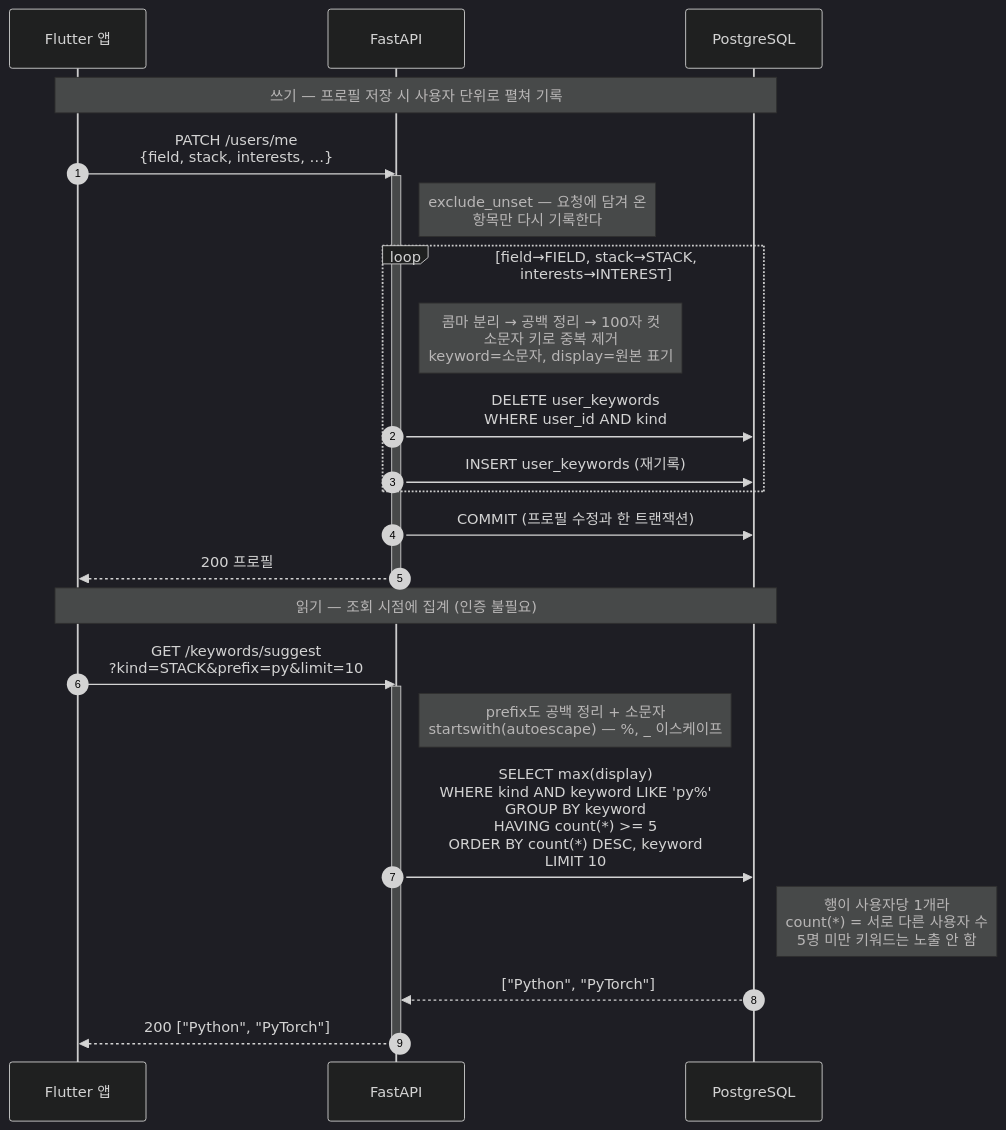
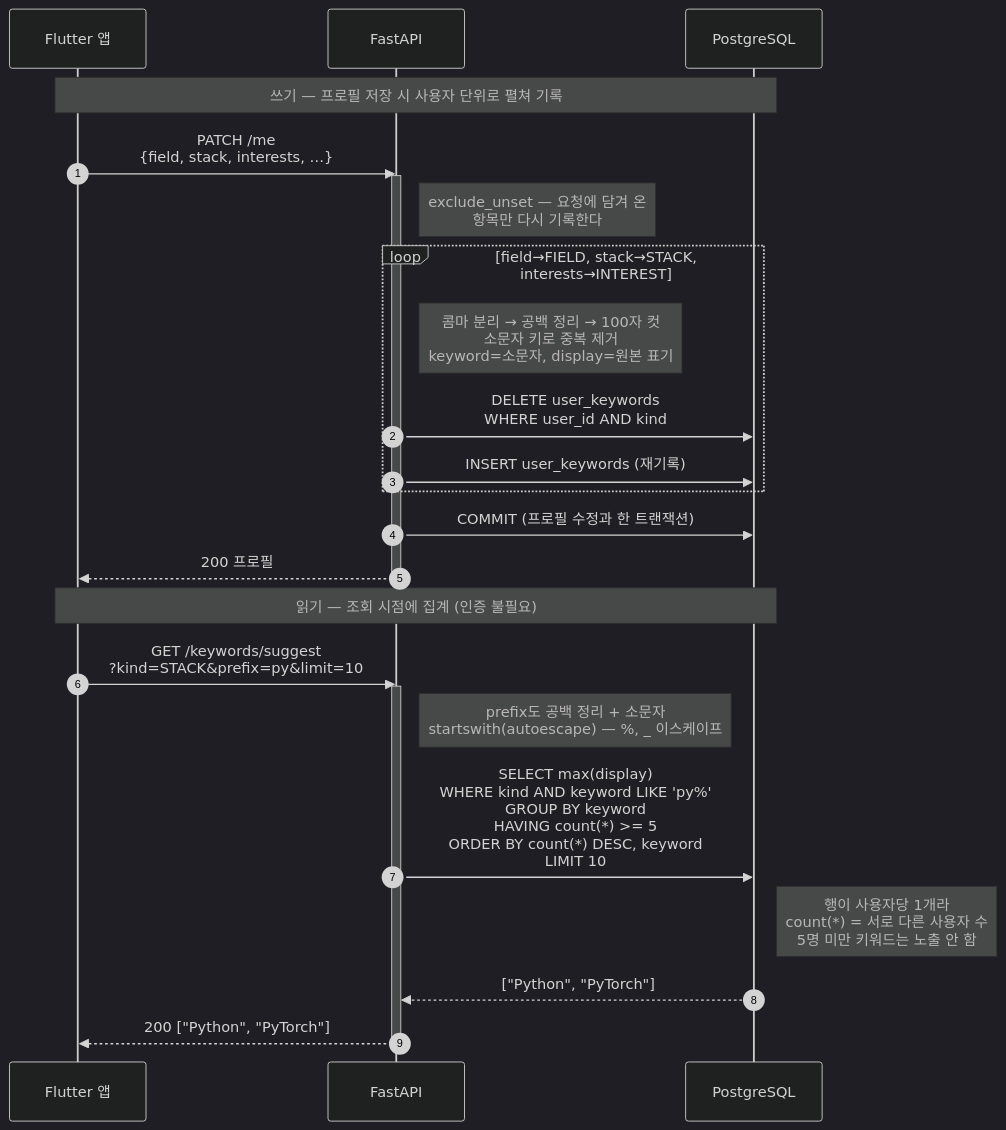
Before and after one commit to mogacko/mogakco-api: the second of 2 diagrams in docs/plan/profile-media-and-keywords.md, drawn with Mermaid (dark theme). The commit also changed other lines of this file, not shown here.

Commit message:
docs: 시퀀스 다이어그램의 프로필 수정 경로를 PATCH /me로 정정
users 라우터에 prefix가 없어 실제 경로는 /me다. 다이어그램 두 곳에 /users/me로
적혀 있었다.

````diff
--- a/docs/plan/profile-media-and-keywords.md
+++ b/docs/plan/profile-media-and-keywords.md
@@ -94,32 +94,32 @@
 ```mermaid
 sequenceDiagram
     autonumber
     participant App as Flutter 앱
     participant API as FastAPI
     participant DB as PostgreSQL
 
     Note over App,DB: 쓰기 — 프로필 저장 시 사용자 단위로 펼쳐 기록
 
-    App->>API: PATCH /users/me<br/>{field, stack, interests, …}
+    App->>API: PATCH /me<br/>{field, stack, interests, …}
     activate API
     Note right of API: exclude_unset — 요청에 담겨 온<br/>항목만 다시 기록한다
     loop field→FIELD, stack→STACK, interests→INTEREST
         Note right of API: 콤마 분리 → 공백 정리 → 100자 컷<br/>소문자 키로 중복 제거<br/>keyword=소문자, display=원본 표기
         API->>DB: DELETE user_keywords<br/>WHERE user_id AND kind
         API->>DB: INSERT user_keywords (재기록)
     end
     API->>DB: COMMIT (프로필 수정과 한 트랜잭션)
     API-->>App: 200 프로필
     deactivate API
 
     Note over App,DB: 읽기 — 조회 시점에 집계 (인증 불필요)
 
     App->>API: GET /keywords/suggest<br/>?kind=STACK&prefix=py&limit=10
     activate API
     Note right of API: prefix도 공백 정리 + 소문자<br/>startswith(autoescape) — %, _ 이스케이프
     API->>DB: SELECT max(display)<br/>WHERE kind AND keyword LIKE 'py%'<br/>GROUP BY keyword<br/>HAVING count(*) >= 5<br/>ORDER BY count(*) DESC, keyword<br/>LIMIT 10
     Note right of DB: 행이 사용자당 1개라<br/>count(*) = 서로 다른 사용자 수<br/>5명 미만 키워드는 노출 안 함
     DB-->>API: ["Python", "PyTorch"]
     API-->>App: 200 ["Python", "PyTorch"]
     deactivate API
 ```
````
